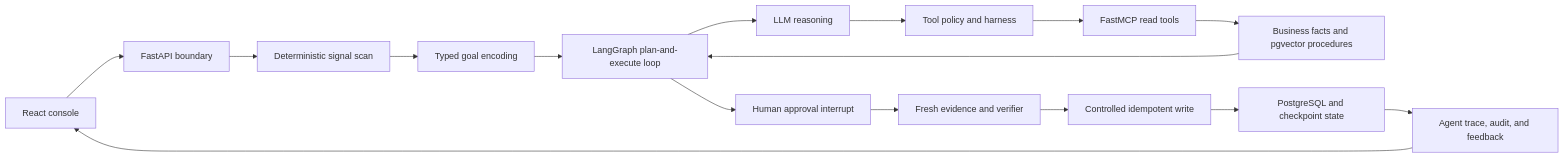
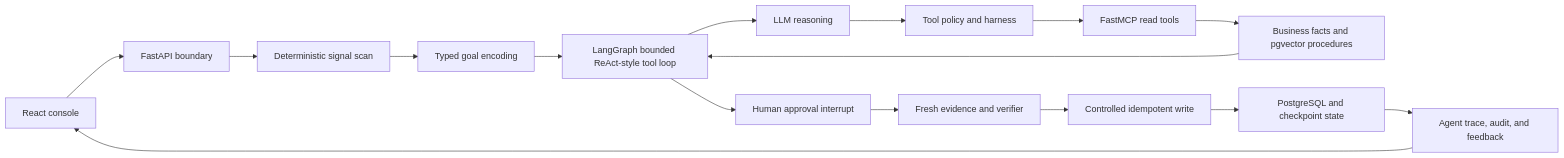
One commit to KXHXK/opercerta changed the diagram in README.md. Above: the diagram before and after it, drawn with Mermaid. The commit also changed other lines of this file and 23 other files, not shown here.

````diff
--- a/README.md
+++ b/README.md
@@ -72,18 +72,18 @@
 ```mermaid
 flowchart LR
     UI["React console"] --> API["FastAPI boundary"]
     API --> SIGNAL["Deterministic signal scan"]
     SIGNAL --> GOAL["Typed goal encoding"]
-    GOAL --> GRAPH["LangGraph plan-and-execute loop"]
+    GOAL --> GRAPH["LangGraph bounded ReAct-style tool loop"]
     GRAPH --> LLM["LLM reasoning"]
     LLM --> POLICY["Tool policy and harness"]
     POLICY --> MCP["FastMCP read tools"]
     MCP --> FACTS["Business facts and pgvector procedures"]
     FACTS --> GRAPH
     GRAPH --> HITL["Human approval interrupt"]
     HITL --> FRESH["Fresh evidence and verifier"]
     FRESH --> WRITE["Controlled idempotent write"]
     WRITE --> DB["PostgreSQL and checkpoint state"]
     DB --> TRACE["Agent trace, audit, and feedback"]
     TRACE --> UI
 ```
````
